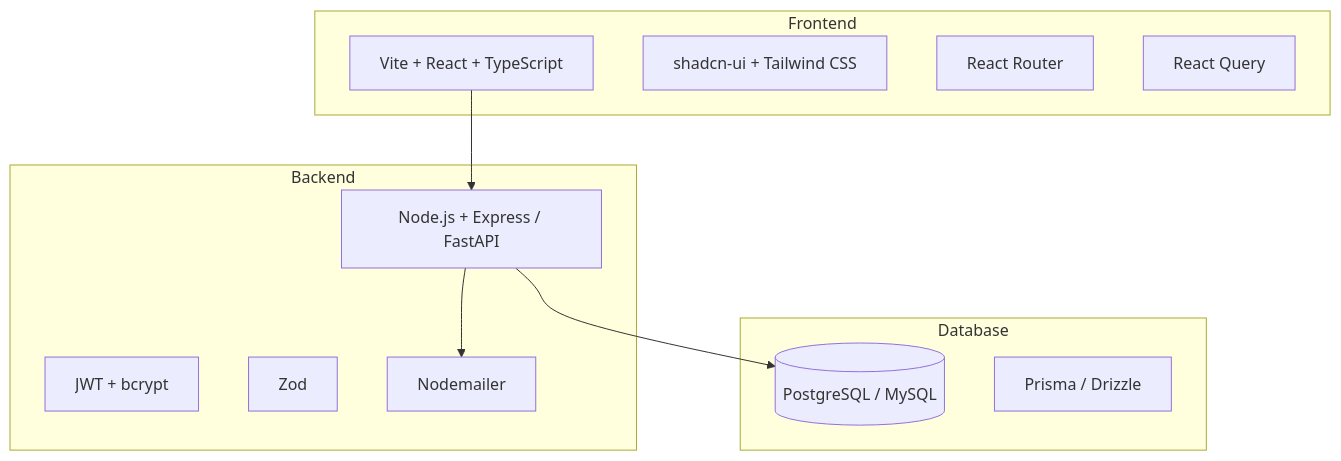
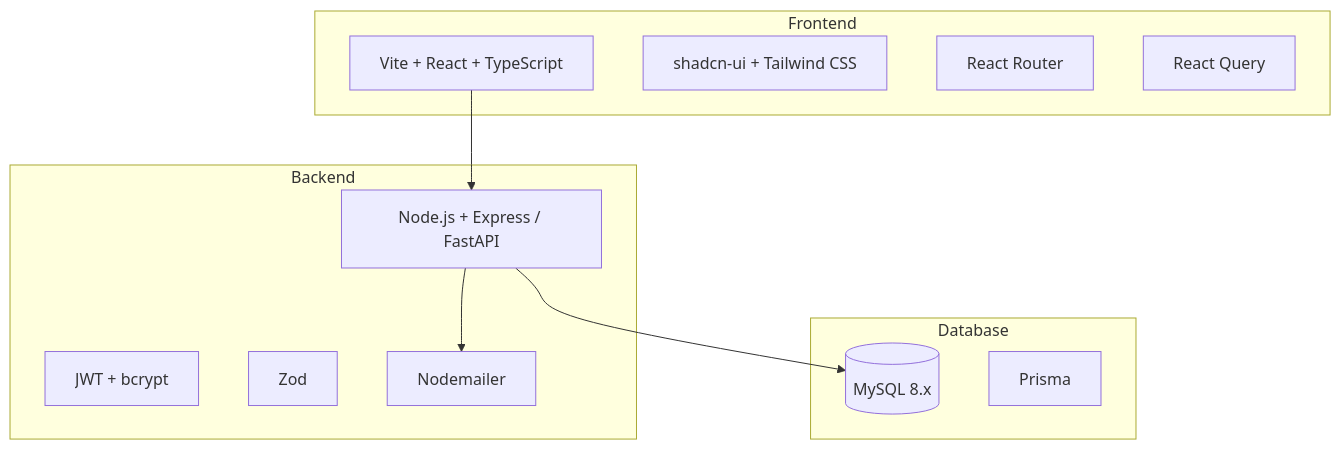
The first of 3 diagrams in plans/plan-trabajo-room-booker.md (Y-Avila/room-booker-plus), drawn with Mermaid before and after one commit. The commit also changed other lines of this file, not shown here.

````diff
--- a/plans/plan-trabajo-room-booker.md
+++ b/plans/plan-trabajo-room-booker.md
@@ -28,25 +28,25 @@
 ```mermaid
 graph TB
     subgraph Frontend
         FE[Vite + React + TypeScript]
         UI[shadcn-ui + Tailwind CSS]
         ROUTER[React Router]
         QUERY[React Query]
     end
 
     subgraph Backend
         API[Node.js + Express / FastAPI]
         AUTH[JWT + bcrypt]
         VALIDATOR[Zod]
         MAILER[Nodemailer]
     end
 
     subgraph Database
-        DB[(PostgreSQL / MySQL)]
-        ORM[Prisma / Drizzle]
+        DB[(MySQL 8.x)]
+        ORM[Prisma]
     end
 
     FE --> API
     API --> DB
     API --> MAILER
 ```
````
